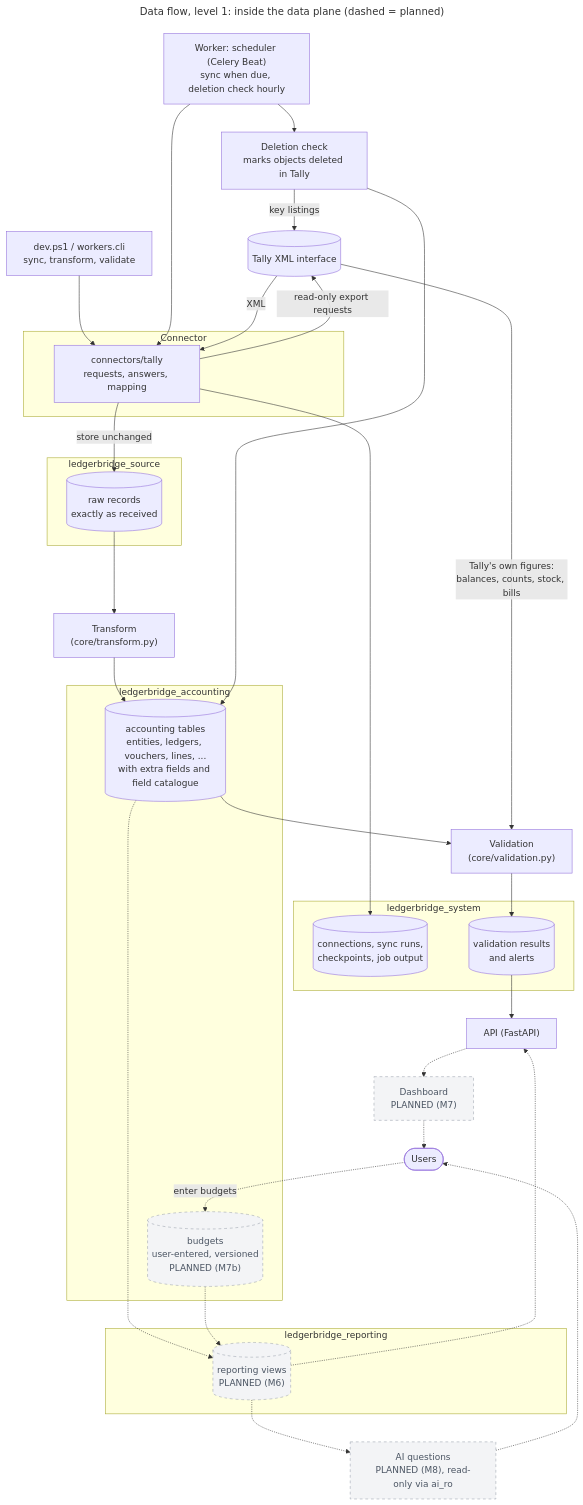
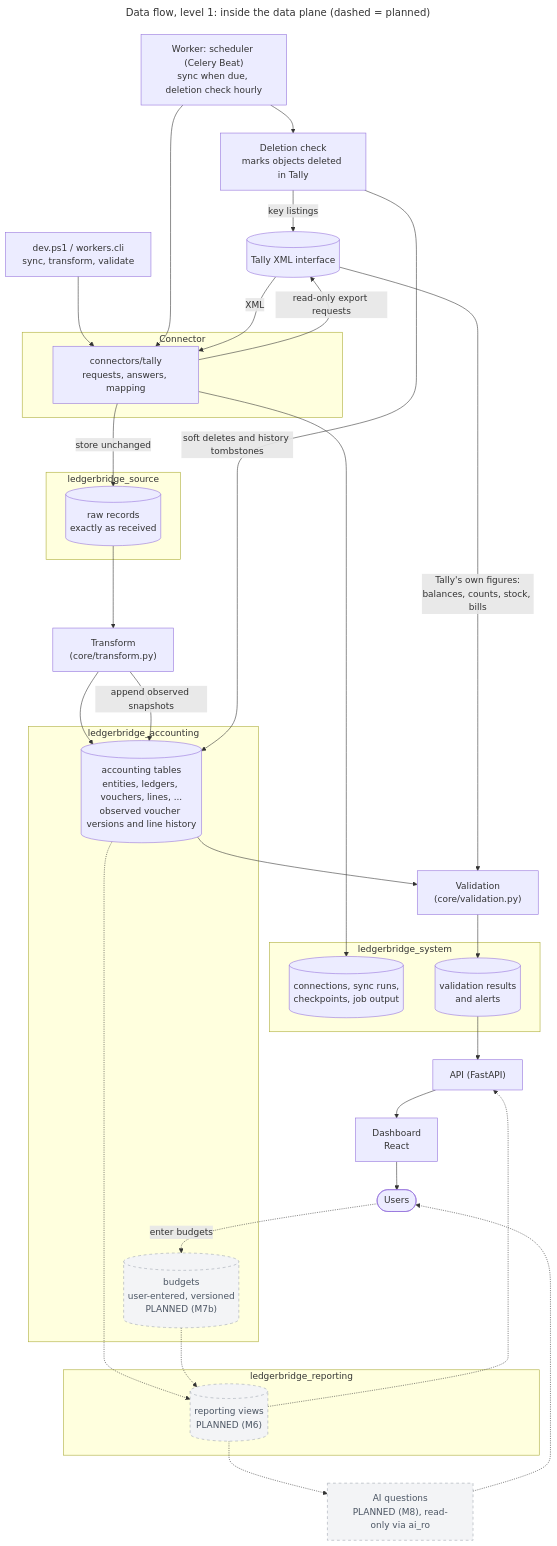
One commit to empirical-logic-2026/ledgerbridge changed the diagram in docs/diagrams/dataflow-level1.mmd. Above: the diagram before and after it, drawn with Mermaid. The commit also changed 85 other files, not shown here.

Commit message:
RPT-017: recover voucher history and dashboard changes

```diff
--- a/docs/diagrams/dataflow-level1.mmd
+++ b/docs/diagrams/dataflow-level1.mmd
@@ -1,66 +1,67 @@
 ---
 title: "Data flow, level 1: inside the data plane (dashed = planned)"
 ---
 %% Written by hand. Update it when the flows change (CLAUDE.md); the code is named in
 %% docs/codebase-guide.md Section 3.
 flowchart TB
     tally[("Tally XML interface")]
     users(["Users"])
     devcli["dev.ps1 / workers.cli<br/>sync, transform, validate"]
     sched["Worker: scheduler (Celery Beat)<br/>sync when due, deletion check hourly"]
 
     subgraph connect["Connector"]
         conn["connectors/tally<br/>requests, answers, mapping"]
     end
 
     subgraph src["ledgerbridge_source"]
         raw[("raw records<br/>exactly as received")]
     end
 
     subgraph acc["ledgerbridge_accounting"]
-        accounting[("accounting tables<br/>entities, ledgers, vouchers, lines, ...<br/>with extra fields and field catalogue")]
+        accounting[("accounting tables<br/>entities, ledgers, vouchers, lines, ...<br/>observed voucher versions and line history")]
         budgets[("budgets<br/>user-entered, versioned<br/>PLANNED (M7b)")]
     end
 
     subgraph sys["ledgerbridge_system"]
         runs[("connections, sync runs,<br/>checkpoints, job output")]
         results[("validation results<br/>and alerts")]
     end
 
     subgraph rep["ledgerbridge_reporting"]
         views[("reporting views<br/>PLANNED (M6)")]
     end
 
     transform["Transform<br/>(core/transform.py)"]
     validate["Validation<br/>(core/validation.py)"]
     deletions["Deletion check<br/>marks objects deleted in Tally"]
     api["API (FastAPI)"]
-    dash["Dashboard<br/>PLANNED (M7)"]
+    dash["Dashboard<br/>React"]
     ai["AI questions<br/>PLANNED (M8), read-only via ai_ro"]
 
     devcli --> conn
     sched --> conn
     sched --> deletions
     conn -->|"read-only export requests"| tally
     tally -->|"XML"| conn
     conn -->|"store unchanged"| raw
     conn --> runs
     raw --> transform
     transform --> accounting
+    transform -->|"append observed snapshots"| accounting
     tally -->|"Tally's own figures:<br/>balances, counts, stock, bills"| validate
     accounting --> validate
     validate --> results
     deletions -->|"key listings"| tally
-    deletions --> accounting
+    deletions -->|"soft deletes and history tombstones"| accounting
     accounting -.-> views
     budgets -.-> views
     results --> api
     views -.-> api
     views -.-> ai
-    api -.-> dash
-    dash -.-> users
+    api --> dash
+    dash --> users
     ai -.-> users
     users -.->|"enter budgets"| budgets
 
     classDef planned fill:#f3f4f6,stroke:#9ca3af,stroke-dasharray:5 5,color:#4b5563
-    class budgets,views,dash,ai planned
+    class budgets,views,ai planned
```
